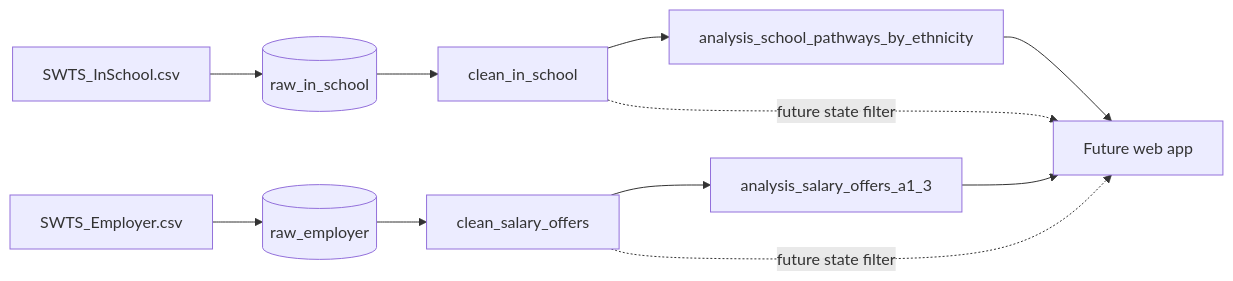
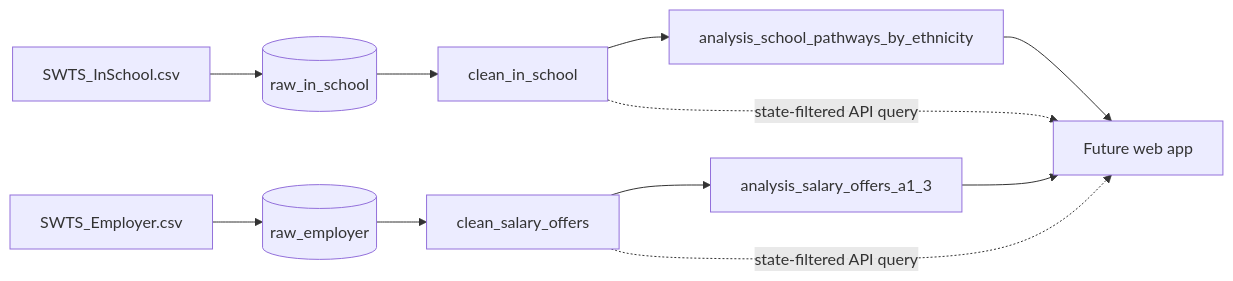
Before and after one commit to farisnafiah/swts-app: the diagram in database/DATA_MODEL.md, drawn with Mermaid. The commit also changed other lines of this file and 9 other files, not shown here.

````diff
--- a/database/DATA_MODEL.md
+++ b/database/DATA_MODEL.md
@@ -25,16 +25,16 @@
 ```mermaid
 flowchart LR
     IS[SWTS_InSchool.csv] --> RIS[(raw_in_school)]
     EM[SWTS_Employer.csv] --> REM[(raw_employer)]
 
     RIS --> CIS[clean_in_school]
     REM --> CSO[clean_salary_offers]
 
     CIS --> ASP[analysis_school_pathways_by_ethnicity]
     CSO --> ASA[analysis_salary_offers_a1_3]
 
     ASP --> APP[Future web app]
     ASA --> APP
-    CIS -. future state filter .-> APP
-    CSO -. future state filter .-> APP
+    CIS -. state-filtered API query .-> APP
+    CSO -. state-filtered API query .-> APP
 ```
````
